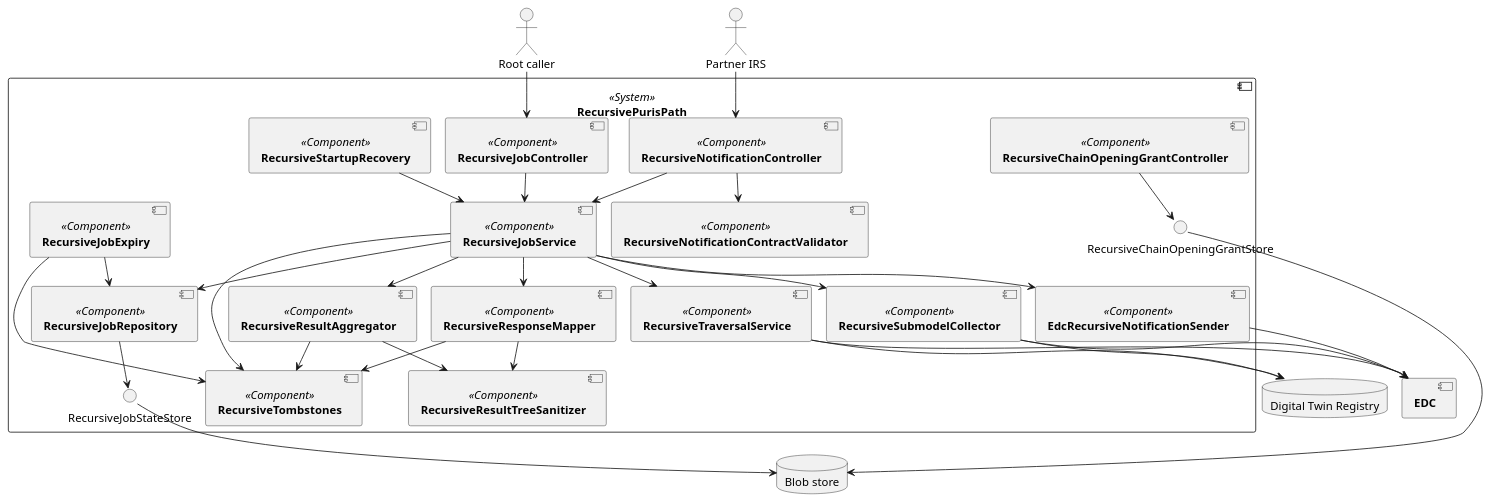
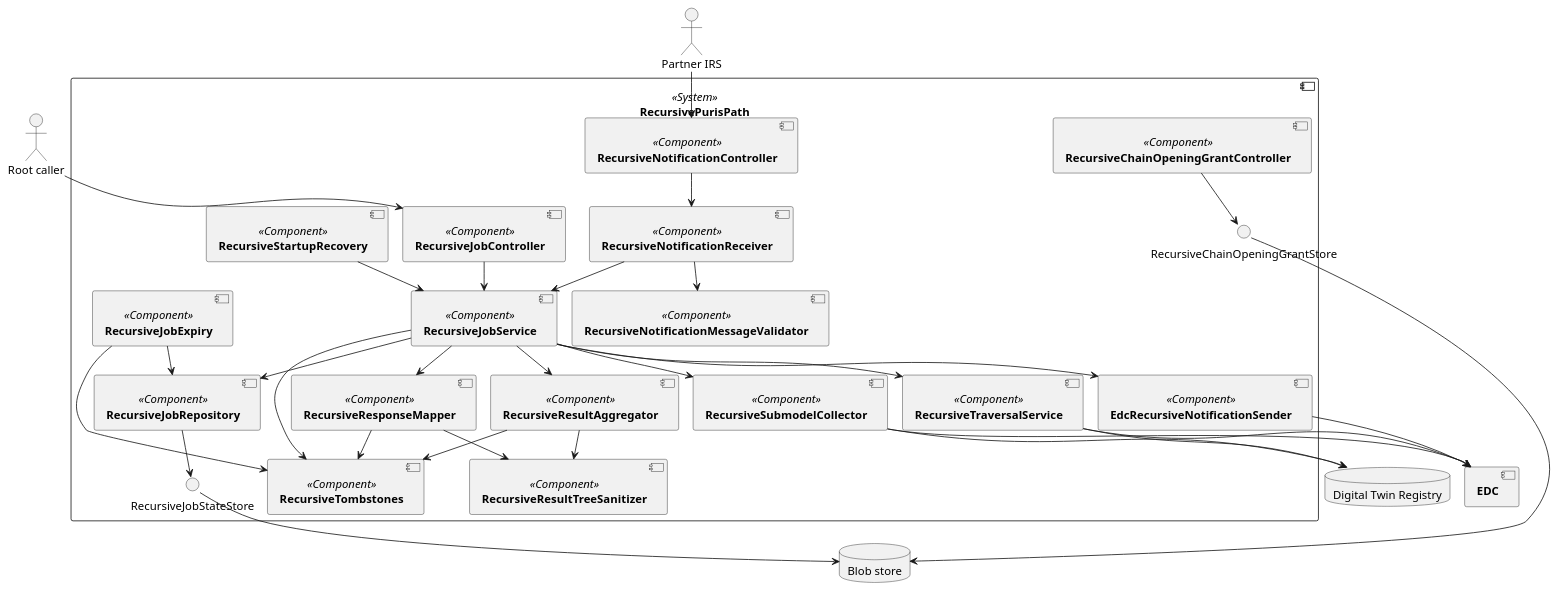
Before and after one commit to eclipse-tractusx/item-relationship-service: the diagram in docs/src/uml-diagrams/building-block-view/level-2-int-recursive-puris.puml, drawn with PlantUML. The commit also changed 50 other files, not shown here.

```diff
--- a/docs/src/uml-diagrams/building-block-view/level-2-int-recursive-puris.puml
+++ b/docs/src/uml-diagrams/building-block-view/level-2-int-recursive-puris.puml
@@ -1,63 +1,65 @@
 @startuml
 !pragma layout smetana
 skinparam monochrome true
 skinparam shadowing false
 skinparam linetype ortho
 skinparam defaultFontName "Architects daughter"
 
 component [**RecursivePurisPath**] <<System>> as RecursivePuris {
     component [**RecursiveJobController**] <<Component>> as JobController
     component [**RecursiveChainOpeningGrantController**] <<Component>> as GrantController
     component [**RecursiveNotificationController**] <<Component>> as NotificationController
+    component [**RecursiveNotificationReceiver**] <<Component>> as NotificationReceiver
     component [**RecursiveJobService**] <<Component>> as JobService
     component [**RecursiveJobRepository**] <<Component>> as Repository
     component [**RecursiveTraversalService**] <<Component>> as Traversal
     component [**RecursiveSubmodelCollector**] <<Component>> as Collector
-    component [**RecursiveNotificationContractValidator**] <<Component>> as Validator
+    component [**RecursiveNotificationMessageValidator**] <<Component>> as Validator
     component [**RecursiveResultAggregator**] <<Component>> as Aggregator
     component [**RecursiveResponseMapper**] <<Component>> as ResponseMapper
     component [**RecursiveResultTreeSanitizer**] <<Component>> as Sanitizer
     component [**RecursiveTombstones**] <<Component>> as Tombstones
     component [**EdcRecursiveNotificationSender**] <<Component>> as NotificationSender
     component [**RecursiveJobExpiry**] <<Component>> as Expiry
     component [**RecursiveStartupRecovery**] <<Component>> as Recovery
     interface RecursiveJobStateStore
     interface RecursiveChainOpeningGrantStore
 }
 
 actor "Root caller" as RootCaller
 actor "Partner IRS" as PartnerIrs
 database "Digital Twin Registry" as DTR
 component [**EDC**] as EDC
 database "Blob store" as BlobStore
 
 RootCaller --> JobController
 PartnerIrs --> NotificationController
 JobController --> JobService
-NotificationController --> Validator
-NotificationController --> JobService
+NotificationController --> NotificationReceiver
+NotificationReceiver --> Validator
+NotificationReceiver --> JobService
 GrantController --> RecursiveChainOpeningGrantStore
 JobService --> Repository
 JobService --> Traversal
 JobService --> Collector
 JobService --> Aggregator
 JobService --> NotificationSender
 JobService --> ResponseMapper
 JobService --> Tombstones
 Aggregator --> Sanitizer
 Aggregator --> Tombstones
 ResponseMapper --> Sanitizer
 ResponseMapper --> Tombstones
 Expiry --> Repository
 Expiry --> Tombstones
 Recovery --> JobService
 Repository --> RecursiveJobStateStore
 RecursiveJobStateStore --> BlobStore
 RecursiveChainOpeningGrantStore --> BlobStore
 Traversal --> DTR
 Traversal --> EDC
 Collector --> DTR
 Collector --> EDC
 NotificationSender --> EDC
 
 @enduml
```
